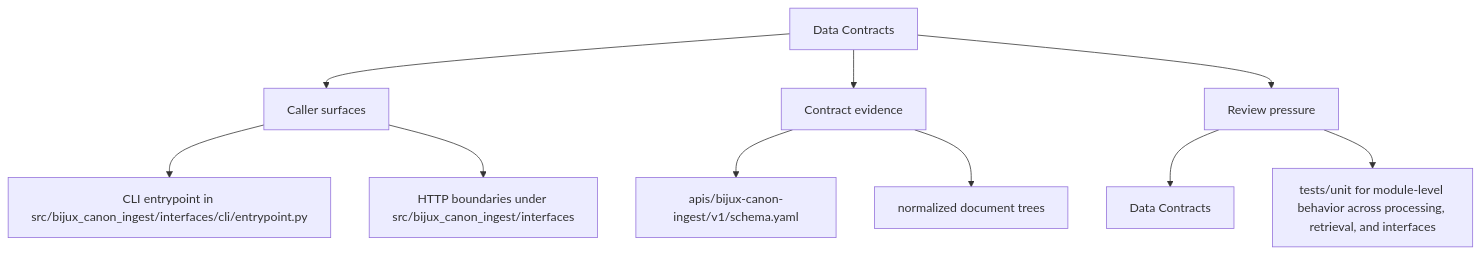
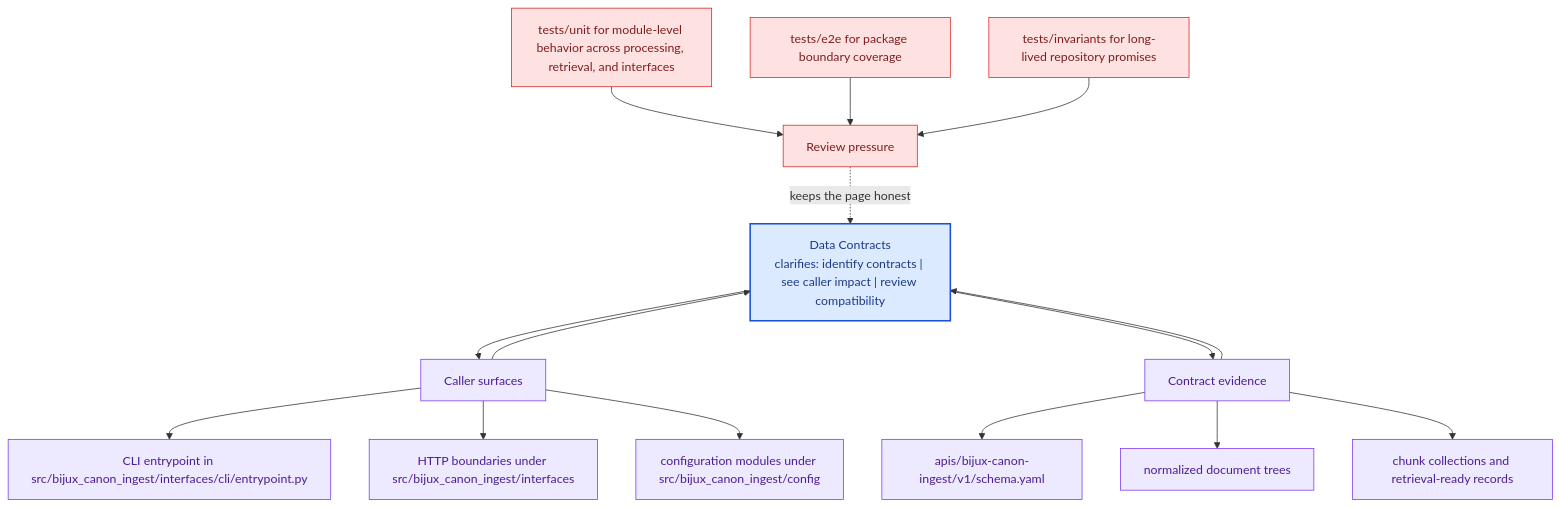
Before and after one commit to bijux/bijux-canon: the second of 2 diagrams in docs/bijux-canon-ingest/interfaces/data-contracts.md, drawn with Mermaid. The commit also changed other lines of this file and 281 other files, not shown here.

Commit message:
docs(diagrams): deepen handbook mermaid maps across the catalog

````diff
--- a/docs/bijux-canon-ingest/interfaces/data-contracts.md
+++ b/docs/bijux-canon-ingest/interfaces/data-contracts.md
@@ -35,22 +68,41 @@
 ```mermaid
-flowchart TD
-    page["Data Contracts"]
+flowchart TB
+    promise["Data Contracts<br/>clarifies: identify contracts | see caller impact | review compatibility"]
+    classDef promise fill:#dbeafe,stroke:#1d4ed8,color:#1e3a8a,stroke-width:2px;
+    classDef driver fill:#dcfce7,stroke:#16a34a,color:#14532d;
+    classDef constraint fill:#fee2e2,stroke:#dc2626,color:#7f1d1d;
+    classDef ground fill:#ede9fe,stroke:#7c3aed,color:#4c1d95;
     focus1["Caller surfaces"]
-    page --> focus1
+    focus1 --> promise
+    promise --> focus1
     focus1_1["CLI entrypoint in src/bijux_canon_ingest/interfaces/cli/entrypoint.py"]
     focus1 --> focus1_1
     focus1_2["HTTP boundaries under src/bijux_canon_ingest/interfaces"]
     focus1 --> focus1_2
+    focus1_3["configuration modules under src/bijux_canon_ingest/config"]
+    focus1 --> focus1_3
+    class focus1 ground;
+    class focus1_1,focus1_2,focus1_3 ground;
     focus2["Contract evidence"]
-    page --> focus2
+    focus2 --> promise
+    promise --> focus2
     focus2_1["apis/bijux-canon-ingest/v1/schema.yaml"]
     focus2 --> focus2_1
     focus2_2["normalized document trees"]
     focus2 --> focus2_2
+    focus2_3["chunk collections and retrieval-ready records"]
+    focus2 --> focus2_3
+    class focus2 ground;
+    class focus2_1,focus2_2,focus2_3 ground;
     focus3["Review pressure"]
-    page --> focus3
-    focus3_1["Data Contracts"]
-    focus3 --> focus3_1
-    focus3_2["tests/unit for module-level behavior across processing, retrieval, and interfaces"]
-    focus3 --> focus3_2
+    focus3 -.keeps the page honest.-> promise
+    focus3_1["tests/unit for module-level behavior across processing, retrieval, and interfaces"]
+    focus3_1 --> focus3
+    focus3_2["tests/e2e for package boundary coverage"]
+    focus3_2 --> focus3
+    focus3_3["tests/invariants for long-lived repository promises"]
+    focus3_3 --> focus3
+    class focus3 constraint;
+    class focus3_1,focus3_2,focus3_3 constraint;
+    class promise promise;
 ```
````
